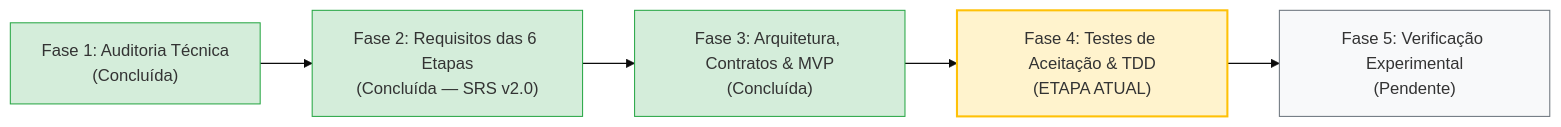
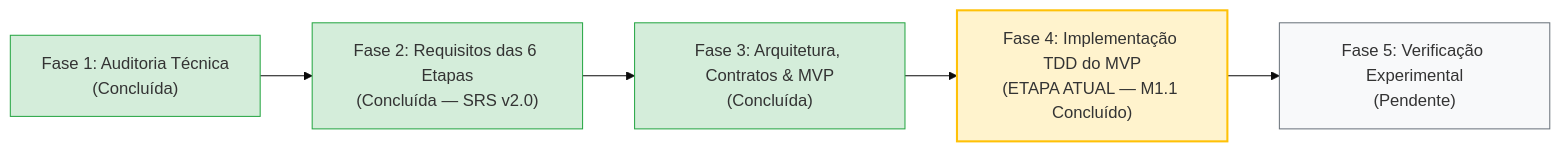
One commit to aleerangel/experimental-ml-framework changed the diagram in engenharia_software/ETAPA_ATUAL_ENGENHARIA.md. Above: the diagram before and after it, drawn with Mermaid (base theme). The commit also changed other lines of this file and 2 other files, not shown here.

````diff
--- a/engenharia_software/ETAPA_ATUAL_ENGENHARIA.md
+++ b/engenharia_software/ETAPA_ATUAL_ENGENHARIA.md
@@ -16,13 +16,13 @@
 ```mermaid
 flowchart LR
     Fase1["Fase 1: Auditoria Técnica<br/>(Concluída)"] --> Fase2["Fase 2: Requisitos das 6 Etapas<br/>(Concluída — SRS v2.0)"]
     Fase2 --> Fase3["Fase 3: Arquitetura, Contratos & MVP<br/>(Concluída)"]
-    Fase3 --> Fase4["Fase 4: Testes de Aceitação & TDD<br/>(ETAPA ATUAL)"]
+    Fase3 --> Fase4["Fase 4: Implementação TDD do MVP<br/>(ETAPA ATUAL — M1.1 Concluído)"]
     Fase4 --> Fase5["Fase 5: Verificação Experimental<br/>(Pendente)"]
     
     style Fase1 fill:#d4edda,stroke:#28a745
     style Fase2 fill:#d4edda,stroke:#28a745
     style Fase3 fill:#d4edda,stroke:#28a745
     style Fase4 fill:#fff3cd,stroke:#ffc107,stroke-width:2px
     style Fase5 fill:#f8f9fa,stroke:#6c757d
 ```
````
